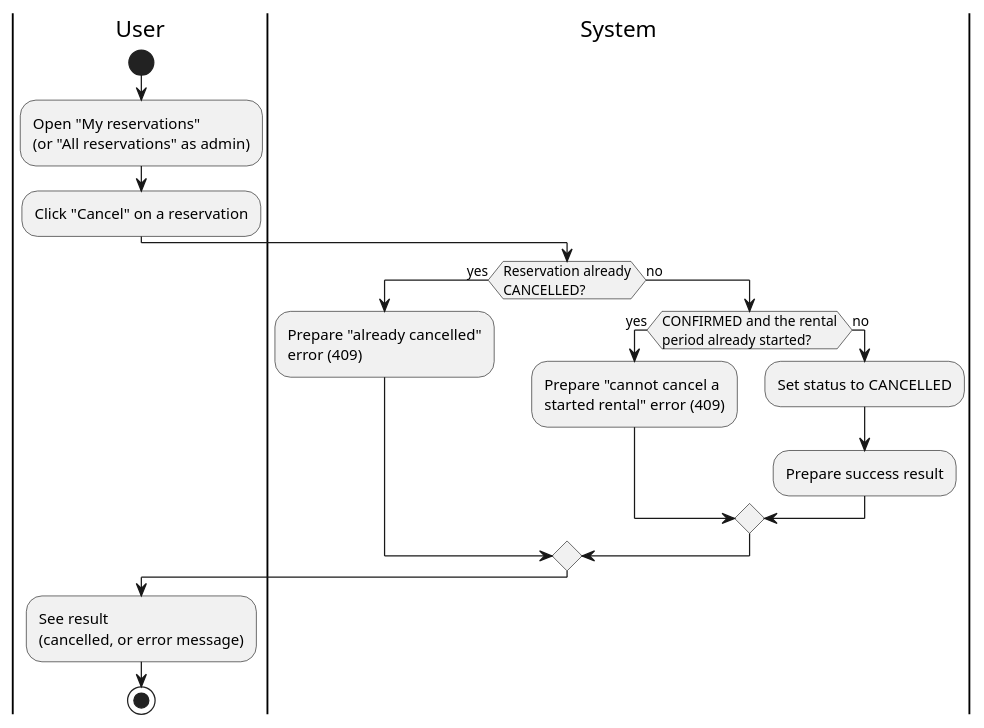
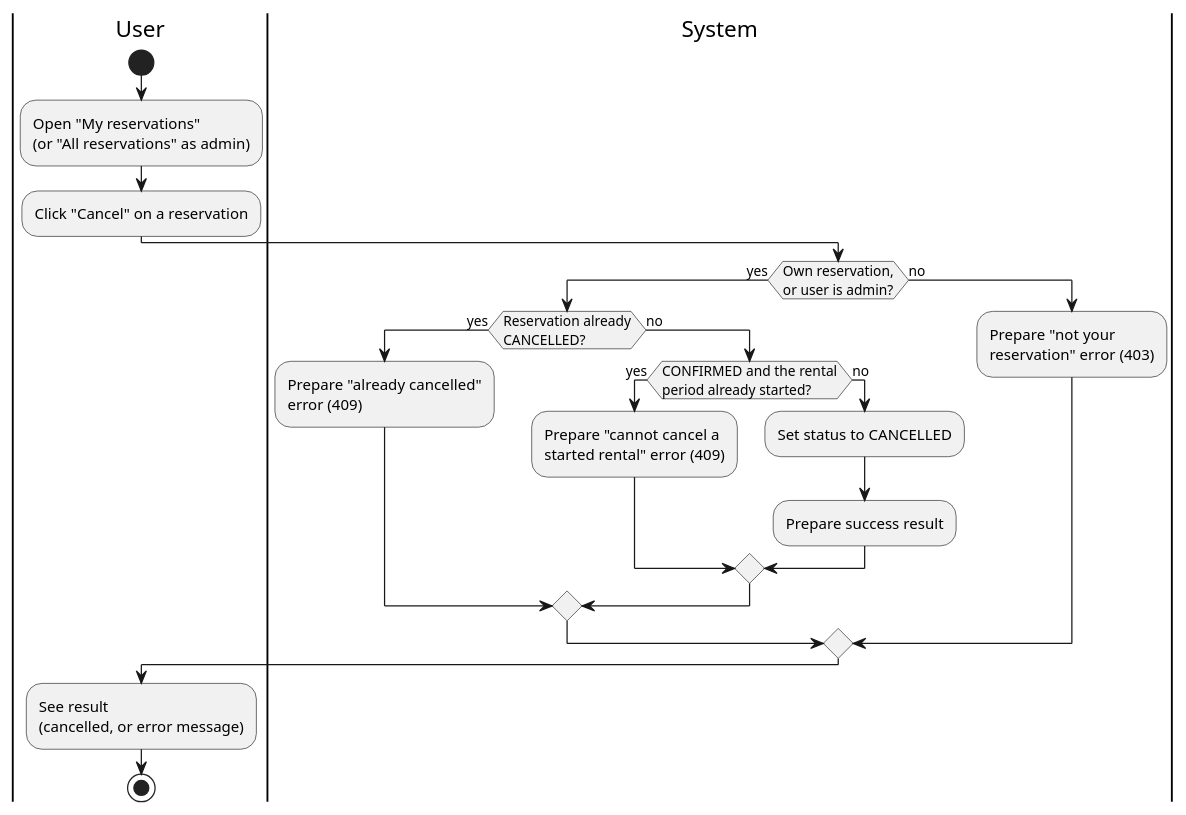
The diagram in docs/diagrams/activity-cancel-reservation.puml (DavidMagyarics/CarRentalVSB), drawn with PlantUML before and after one commit. The commit also changed 4 other files, not shown here.

First line of the commit message:
fix(docs): align use case and activity diagrams with the implementation

```diff
--- a/docs/diagrams/activity-cancel-reservation.puml
+++ b/docs/diagrams/activity-cancel-reservation.puml
@@ -1,24 +1,28 @@
 @startuml activity-cancel-reservation
 skinparam backgroundColor white
 
 |User|
 start
 :Open "My reservations"\n(or "All reservations" as admin);
 :Click "Cancel" on a reservation;
 
 |System|
-if (Reservation already\nCANCELLED?) then (yes)
-  :Prepare "already cancelled"\nerror (409);
+if (Own reservation,\nor user is admin?) then (yes)
+  if (Reservation already\nCANCELLED?) then (yes)
+    :Prepare "already cancelled"\nerror (409);
+  else (no)
+    if (CONFIRMED and the rental\nperiod already started?) then (yes)
+      :Prepare "cannot cancel a\nstarted rental" error (409);
+    else (no)
+      :Set status to CANCELLED;
+      :Prepare success result;
+    endif
+  endif
 else (no)
-  if (CONFIRMED and the rental\nperiod already started?) then (yes)
-    :Prepare "cannot cancel a\nstarted rental" error (409);
-  else (no)
-    :Set status to CANCELLED;
-    :Prepare success result;
-  endif
+  :Prepare "not your\nreservation" error (403);
 endif
 
 |User|
 :See result\n(cancelled, or error message);
 stop
 @enduml
```
